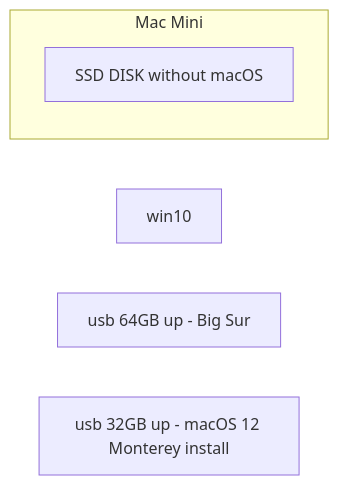
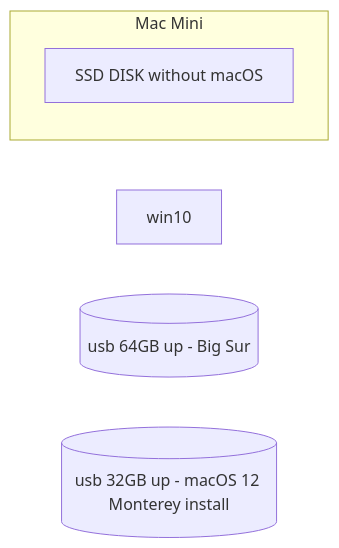
Before and after one commit to lankahsu520/HelperX: the first of 3 diagrams in helper_macOS.md, drawn with Mermaid. The commit also changed other lines of this file, not shown here.

````diff
--- a/helper_macOS.md
+++ b/helper_macOS.md
@@ -50,9 +50,9 @@
 ```mermaid
 flowchart LR
 	subgraph Mac[Mac Mini]
 		SSD[SSD DISK without macOS]
 	end
 	win10[win10]
-	usb_BSur[usb 64GB up - Big Sur]
-	usb_install[usb 32GB up - macOS 12 Monterey install]
+	usb_BSur[(usb 64GB up - Big Sur)]
+	usb_install[(usb 32GB up - macOS 12 Monterey install)]
 ```
````
